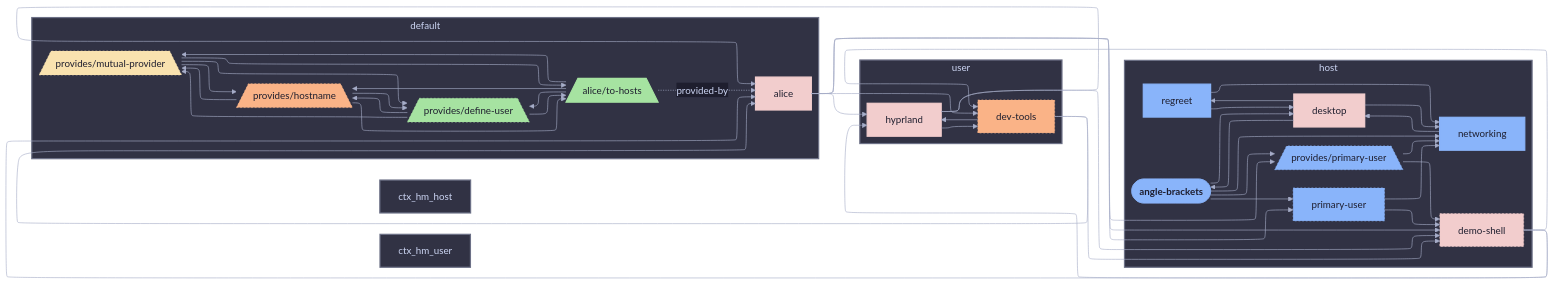
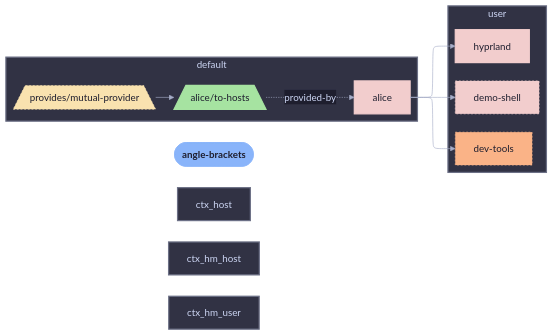
The diagram in templates/diag-fx-demo/diagrams/angle-brackets-class-hm.md (sini/den), drawn with Mermaid before and after one commit. The commit also changed 849 other files, not shown here.

Commit message:
chore: update fx diagrams

```diff
--- a/templates/diag-fx-demo/diagrams/angle-brackets-class-hm.md
+++ b/templates/diag-fx-demo/diagrams/angle-brackets-class-hm.md
@@ -7,44 +7,10 @@
 graph LR
   angle_brackets([angle-brackets]):::root
 
-  subgraph ctx_host["host"]
-  desktop["desktop"]:::desktop_c
-  networking["networking"]:::networking_c
-  primary_user["primary-user"]:::primary_user_c
-  den__provides__primary_user[/"provides/primary-user"\]:::den__provides__primary_user_c
-  regreet["regreet"]:::regreet_c
-  angle_brackets --> desktop
-  angle_brackets --> networking
-  angle_brackets --> primary_user
-  angle_brackets --> den__provides__primary_user
-  den__provides__primary_user --> demo_shell
-  den__provides__primary_user --> networking
-  desktop --> angle_brackets
-  desktop --> networking
-  desktop --> regreet
-  networking --> desktop
-  regreet --> desktop
-  regreet --> networking
-  primary_user --> demo_shell
-  primary_user --> networking
-  end
   subgraph ctx_default["default"]
-  den__provides__define_user[/"provides/define-user"\]:::den__provides__define_user_c
-  den__provides__hostname[/"provides/hostname"\]:::den__provides__hostname_c
   den__provides__mutual_provider[/"provides/mutual-provider"\]:::den__provides__mutual_provider_c
   alice__to_hosts[/"alice/to-hosts"\]:::alice__to_hosts_c
-  alice__to_hosts --> den__provides__define_user
-  alice__to_hosts --> den__provides__hostname
-  alice__to_hosts --> den__provides__mutual_provider
-  den__provides__mutual_provider --> den__provides__define_user
-  den__provides__mutual_provider --> den__provides__hostname
   den__provides__mutual_provider --> alice__to_hosts
-  den__provides__hostname --> den__provides__define_user
-  den__provides__define_user --> den__provides__hostname
-  den__provides__define_user --> den__provides__mutual_provider
-  den__provides__hostname --> den__provides__mutual_provider
-  den__provides__define_user --> alice__to_hosts
-  den__provides__hostname --> alice__to_hosts
   alice__to_hosts -.->|provided-by| alice
   end
   subgraph ctx_user["user"]
@@ -55,34 +21,15 @@
   alice --> demo_shell
   alice --> dev_tools
   alice --> hyprland
-  alice --> primary_user
-  alice --> den__provides__primary_user
-  demo_shell --> hyprland
-  demo_shell --> alice
-  demo_shell --> dev_tools
-  dev_tools --> alice
-  dev_tools --> demo_shell
-  dev_tools --> hyprland
-  hyprland --> dev_tools
-  hyprland --> alice
-  hyprland --> demo_shell
   end
 
 
   classDef root fill:#89b4fa,stroke:#89b4fa,color:#1e1e2e,font-weight:bold
   classDef alice_c fill:#f2cdcd,stroke:#f2cdcd,color:#1e1e2e,stroke-width:2px
-  classDef angle_brackets_c fill:#89b4fa,stroke:#89b4fa,color:#1e1e2e,stroke-width:3px
-  classDef den__provides__define_user_c fill:#a6e3a1,stroke:#a6e3a1,color:#1e1e2e,stroke-dasharray: 3 3,stroke-width:1px
   classDef demo_shell_c fill:#f2cdcd,stroke:#f2cdcd,color:#1e1e2e,stroke-dasharray: 3 3,stroke-width:1px
-  classDef desktop_c fill:#f2cdcd,stroke:#f2cdcd,color:#1e1e2e,stroke-width:2px
   classDef dev_tools_c fill:#fab387,stroke:#fab387,color:#1e1e2e,stroke-dasharray: 3 3,stroke-width:1px
-  classDef den__provides__hostname_c fill:#fab387,stroke:#fab387,color:#1e1e2e,stroke-dasharray: 3 3,stroke-width:1px
   classDef hyprland_c fill:#f2cdcd,stroke:#f2cdcd,color:#1e1e2e,stroke-width:2px
   classDef den__provides__mutual_provider_c fill:#f9e2af,stroke:#f9e2af,color:#1e1e2e,stroke-dasharray: 3 3,stroke-width:1px
-  classDef networking_c fill:#89b4fa,stroke:#89b4fa,color:#1e1e2e,stroke-width:2px
-  classDef primary_user_c fill:#89b4fa,stroke:#89b4fa,color:#1e1e2e,stroke-dasharray: 3 3,stroke-width:1px
-  classDef den__provides__primary_user_c fill:#89b4fa,stroke:#89b4fa,color:#1e1e2e,stroke-dasharray: 3 3,stroke-width:1px
-  classDef regreet_c fill:#89b4fa,stroke:#89b4fa,color:#1e1e2e,stroke-width:2px
   classDef alice__to_hosts_c fill:#a6e3a1,stroke:#a6e3a1,color:#1e1e2e,stroke-width:2px
 style ctx_host fill:#313244,stroke:#6c7086,stroke-width:2px
 style ctx_default fill:#313244,stroke:#6c7086,stroke-width:2px
```
